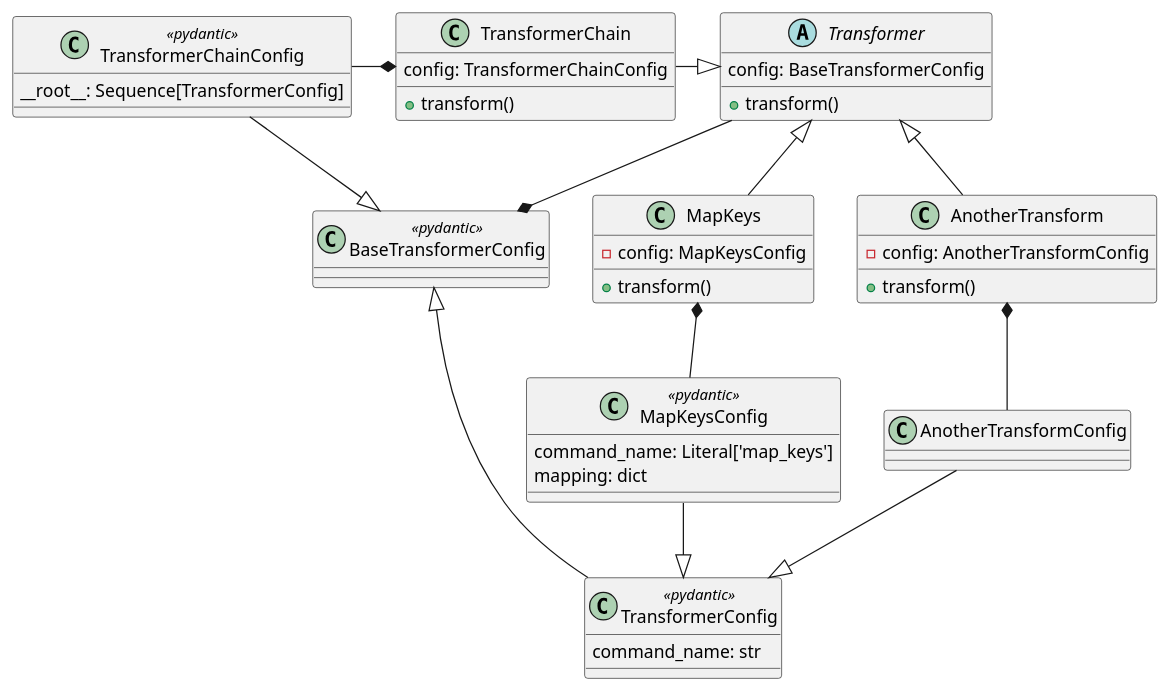
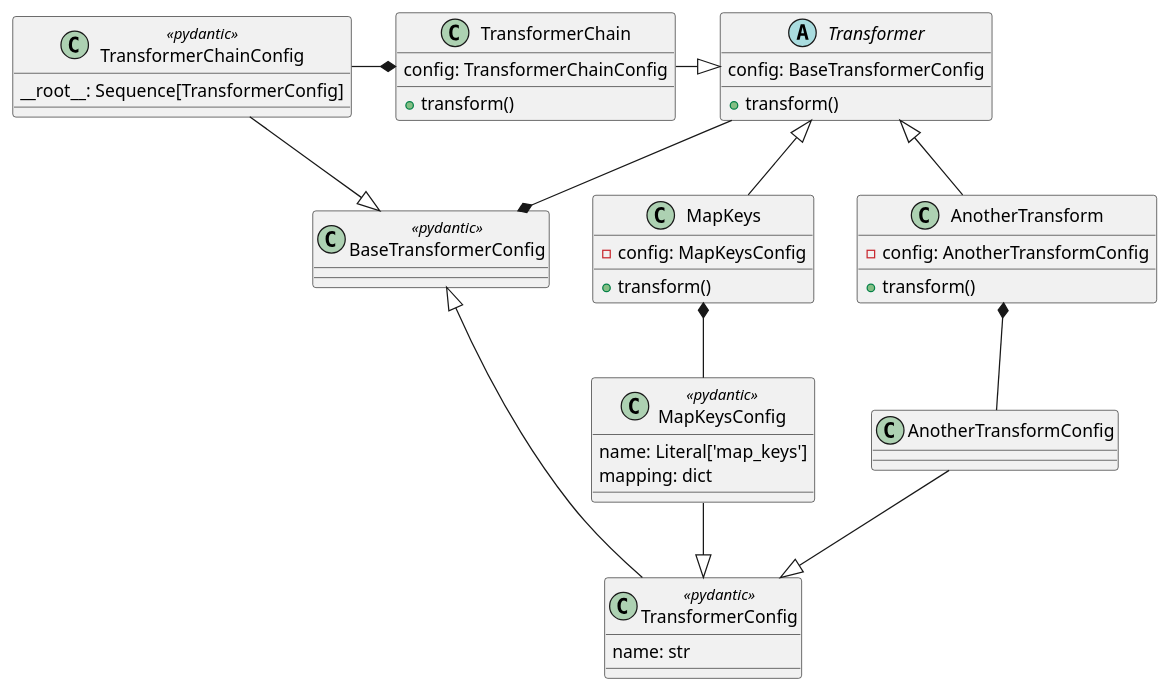
One commit to santunioni/Transformer changed the diagram in README.md. Above: the diagram before and after it, drawn with PlantUML. The commit also changed other lines of this file and 34 other files, not shown here.

First line of the commit message:
feat: change attribute in commands "command_name" to "name"

````diff
--- a/README.md
+++ b/README.md
@@ -22,53 +22,53 @@
 ```plantuml
 @startuml
 'https://plantuml.com/class-diagram
 class BaseTransformerConfig <<pydantic>> {
 }
 class TransformerChainConfig <<pydantic>> {
 __root__: Sequence[TransformerConfig]
 }
 class TransformerConfig <<pydantic>> {
-command_name: str
+name: str
 }
 
 abstract Transformer {
     config: BaseTransformerConfig
     + transform()
 }
 
 class TransformerChain {
     config: TransformerChainConfig
     + transform()
 }
 
 class MapKeys {
     - config: MapKeysConfig
     + transform()
 }
 
 class MapKeysConfig <<pydantic>> {
-    command_name: Literal['map_keys']
+    name: Literal['map_keys']
     mapping: dict
 }
 
 class AnotherTransform {
     - config: AnotherTransformConfig
     + transform()
 }
 
 TransformerChain -r-|> Transformer
 TransformerChain *-l- TransformerChainConfig
 
 TransformerConfig -u-|> BaseTransformerConfig
 TransformerChainConfig --|> BaseTransformerConfig
 Transformer --* BaseTransformerConfig
 
 MapKeys -u-|> Transformer
 MapKeys *-d- MapKeysConfig
 MapKeysConfig -d-|> TransformerConfig
 AnotherTransform -u-|> Transformer
 AnotherTransform *-d- AnotherTransformConfig
 AnotherTransformConfig -d-|> TransformerConfig
 @enduml
 
 ```
````
